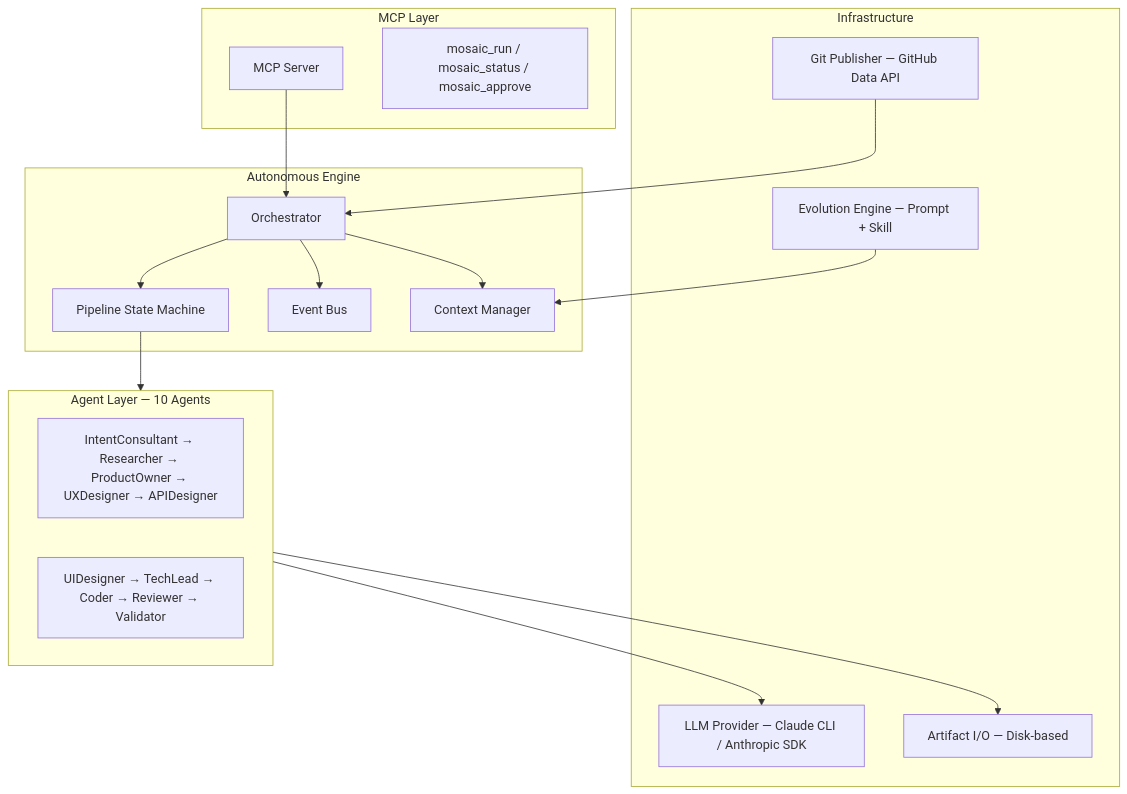
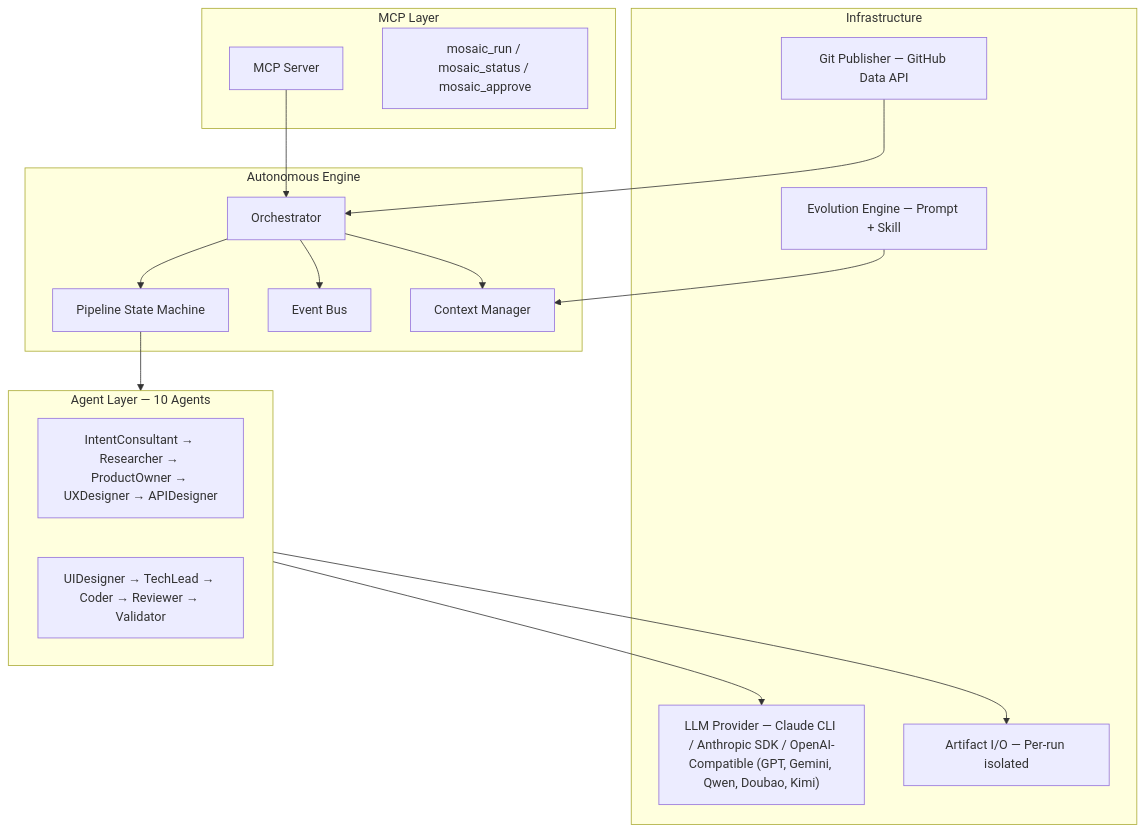
Before and after one commit to ZB-ur/mosaicat: the third of 3 diagrams in README.md, drawn with Mermaid. The commit also changed other lines of this file and 2 other files, not shown here.

````diff
--- a/README.md
+++ b/README.md
@@ -320,37 +331,37 @@
 ```mermaid
 graph TB
     subgraph MCP["MCP Layer"]
         MCPServer["MCP Server"]
         MCPTools["mosaic_run / mosaic_status / mosaic_approve"]
     end
 
     subgraph Engine["Autonomous Engine"]
         Orch["Orchestrator"]
         Pipeline["Pipeline State Machine"]
         EventBus["Event Bus"]
         CtxMgr["Context Manager"]
     end
 
     subgraph Agents["Agent Layer — 10 Agents"]
         direction LR
         A1["IntentConsultant → Researcher → ProductOwner → UXDesigner → APIDesigner"]
         A2["UIDesigner → TechLead → Coder → Reviewer → Validator"]
     end
 
     subgraph Infra["Infrastructure"]
-        Provider["LLM Provider — Claude CLI / Anthropic SDK"]
+        Provider["LLM Provider — Claude CLI / Anthropic SDK / OpenAI-Compatible (GPT, Gemini, Qwen, Doubao, Kimi)"]
         Git["Git Publisher — GitHub Data API"]
-        Artifacts["Artifact I/O — Disk-based"]
+        Artifacts["Artifact I/O — Per-run isolated"]
         Evolution["Evolution Engine — Prompt + Skill"]
     end
 
     MCPServer --> Orch
     Orch --> Pipeline
     Orch --> EventBus
     Orch --> CtxMgr
     Pipeline --> Agents
     Agents --> Provider
     Agents --> Artifacts
     Git --> Orch
     Evolution --> CtxMgr
 ```
````
